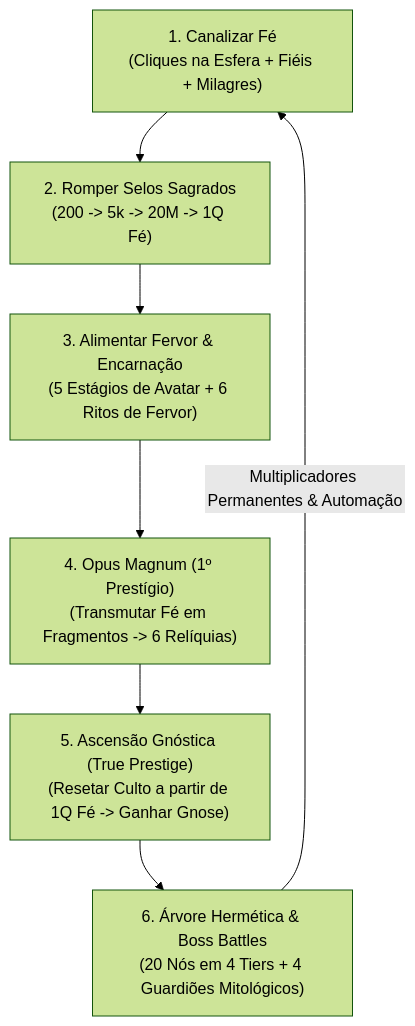
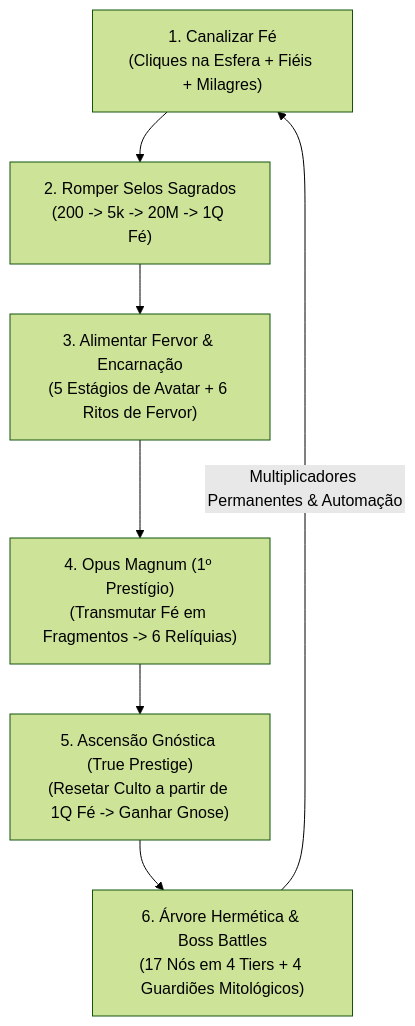
Before and after one commit to yuhohah/wmdg: the diagram in GDD.md, drawn with Mermaid (forest theme). The commit also changed other lines of this file and 21 other files, not shown here.

````diff
--- a/GDD.md
+++ b/GDD.md
@@ -41,9 +41,9 @@
 ```mermaid
 flowchart TD
     A["1. Canalizar Fé<br/>(Cliques na Esfera + Fiéis + Milagres)"] --> B["2. Romper Selos Sagrados<br/>(200 -> 5k -> 20M -> 1Q Fé)"]
     B --> C["3. Alimentar Fervor & Encarnação<br/>(5 Estágios de Avatar + 6 Ritos de Fervor)"]
     C --> D["4. Opus Magnum (1º Prestígio)<br/>(Transmutar Fé em Fragmentos -> 6 Relíquias)"]
     D --> E["5. Ascensão Gnóstica (True Prestige)<br/>(Resetar Culto a partir de 1Q Fé -> Ganhar Gnose)"]
-    E --> F["6. Árvore Hermética & Boss Battles<br/>(20 Nós em 4 Tiers + 4 Guardiões Mitológicos)"]
+    E --> F["6. Árvore Hermética & Boss Battles<br/>(17 Nós em 4 Tiers + 4 Guardiões Mitológicos)"]
     F -->|Multiplicadores Permanentes & Automação| A
 ```
````
